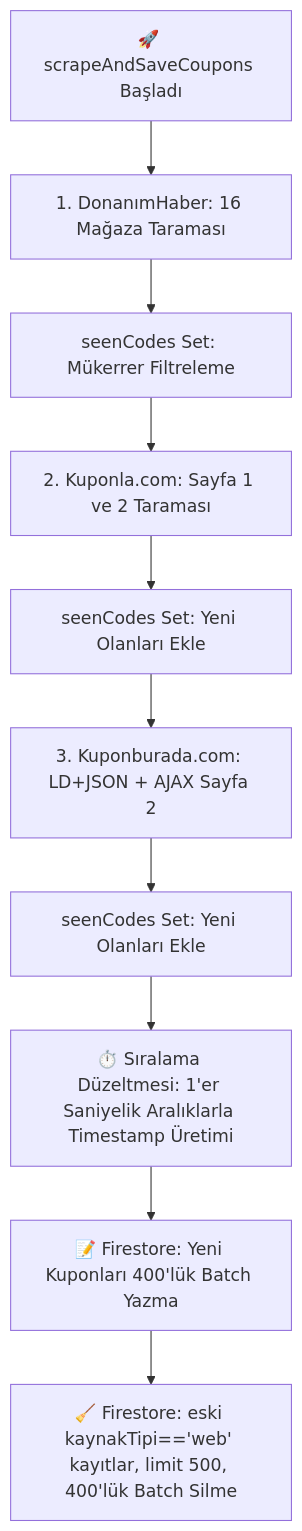
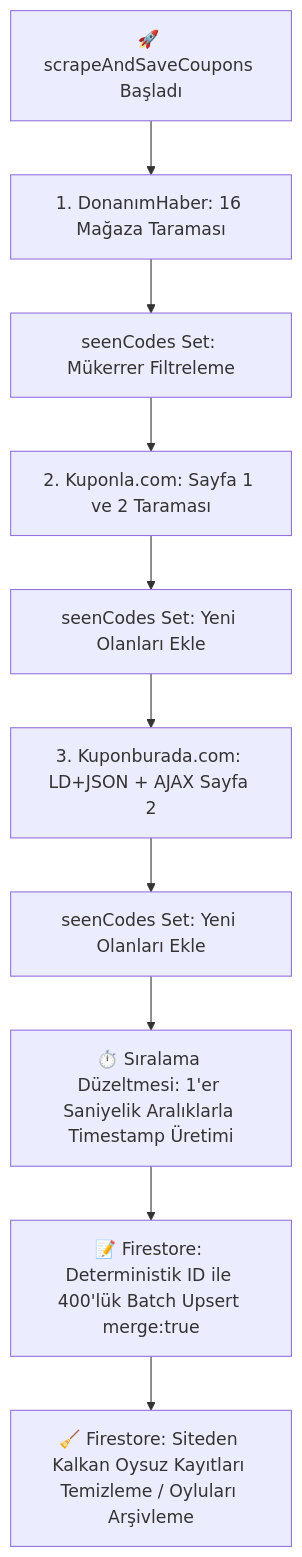
One commit to gky61/s-cak-f-rsatlar changed the fourth of 5 diagrams in documentation/kuponlar/kuponlar_modulu_rehberi.md. Above: the diagram before and after it, drawn with Mermaid. The commit also changed other lines of this file and 19 other files, not shown here.

First line of the commit message:
feat(search-kupon-aktuel): harden search resilience, coupon case preservation and catalog SWR architecture

````diff
--- a/documentation/kuponlar/kuponlar_modulu_rehberi.md
+++ b/documentation/kuponlar/kuponlar_modulu_rehberi.md
@@ -382,15 +390,15 @@
 ```mermaid
 graph TD
     Start[🚀 scrapeAndSaveCoupons Başladı] --> S1[1. DonanımHaber: 16 Mağaza Taraması]
     S1 --> Dedup1[seenCodes Set: Mükerrer Filtreleme]
     
     Dedup1 --> S2[2. Kuponla.com: Sayfa 1 ve 2 Taraması]
     S2 --> Dedup2[seenCodes Set: Yeni Olanları Ekle]
     
     Dedup2 --> S3[3. Kuponburada.com: LD+JSON + AJAX Sayfa 2]
     S3 --> Dedup3[seenCodes Set: Yeni Olanları Ekle]
     
     Dedup3 --> Order[⏱️ Sıralama Düzeltmesi: 1'er Saniyelik Aralıklarla Timestamp Üretimi]
-    Order --> WriteNew[📝 Firestore: Yeni Kuponları 400'lük Batch Yazma]
-    WriteNew --> DelOld[🧹 Firestore: eski kaynakTipi=='web' kayıtlar, limit 500, 400'lük Batch Silme]
+    Order --> WriteNew[📝 Firestore: Deterministik ID ile 400'lük Batch Upsert merge:true]
+    WriteNew --> CleanOld[🧹 Firestore: Siteden Kalkan Oysuz Kayıtları Temizleme / Oyluları Arşivleme]
 ```
````
